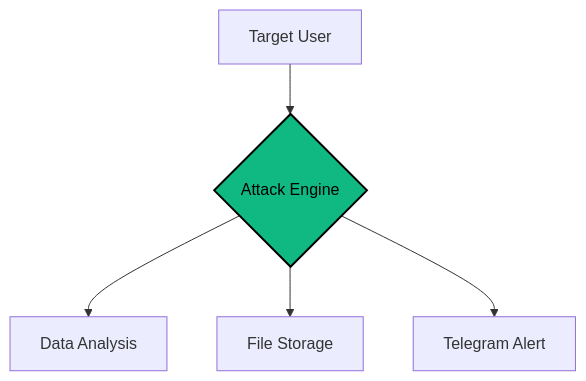
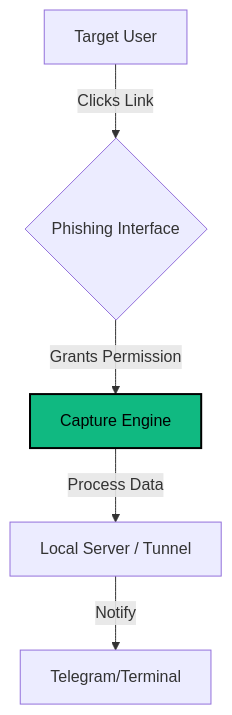
Before and after one commit to cipher-attack/Camphish-pro: the diagram in readme.md, drawn with Mermaid. The commit also changed other lines of this file, not shown here.

````diff
--- a/readme.md
+++ b/readme.md
@@ -49,8 +50,8 @@
 ```mermaid
 graph TD
-    A[Target User] --> B{Attack Engine}
-    B --> C[Data Analysis]
-    B --> D[File Storage]
-    B --> E[Telegram Alert]
-    style B fill:#10b981,stroke:#000,stroke-width:2px,color:#000
+    A[Target User] -->|Clicks Link| B{Phishing Interface}
+    B -->|Grants Permission| C[Capture Engine]
+    C -->|Process Data| D[Local Server / Tunnel]
+    D -->|Notify| E[Telegram/Terminal]
+    style C fill:#10b981,stroke:#000,stroke-width:2px,color:#000
 ```
````
